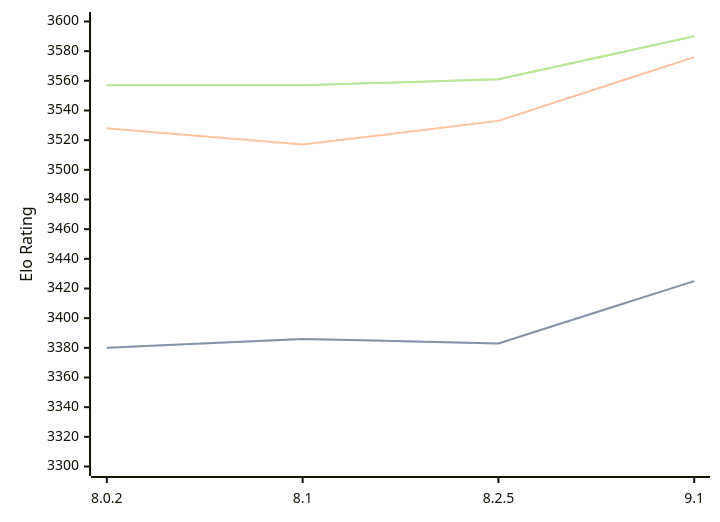
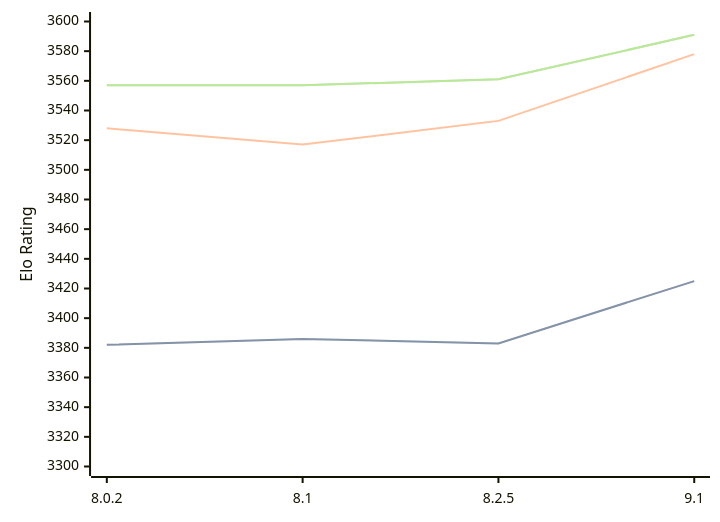
One commit to computer-chess-index/cci changed the diagram in engines/Clover.md. Above: the diagram before and after it, drawn with Mermaid. The commit also changed other lines of this file, not shown here.

Commit message:
Update CCI Ratings (ELO VLTC) - 2026-05-03

````diff
--- a/engines/Clover.md
+++ b/engines/Clover.md
@@ -64,11 +64,11 @@
 ```mermaid
 %%{init: {"theme":"base","themeVariables":{"seriesColors:['#a3a3a3','#222221','#faa371']}}}%%
 xychart-beta
   x-axis ["8.0.2", "8.1", "8.2.5", "9.1"]
   y-axis "Elo Rating" 3300 --> 3600
-  line "STC (8.0+0.08s)" [3380, 3386, 3383, 3425]
-  line "STC (8.0+0.08s)" [3380, 3386, 3383, 3425]
-  line "LTC (60.0+0.60s)" [3528, 3517, 3533, 3576]
-  line "VLTC (2m24s+1.12s)" [3557, 3557, 3561, 3590]
-  line "VLTC (2m24s+1.12s)" [3557, 3557, 3561, 3590]
+  line "STC (8.0+0.08s)" [3382, 3386, 3383, 3425]
+  line "STC (8.0+0.08s)" [3382, 3386, 3383, 3425]
+  line "LTC (60.0+0.60s)" [3528, 3517, 3533, 3578]
+  line "VLTC (2m24s+1.12s)" [3557, 3557, 3561, 3591]
+  line "VLTC (2m24s+1.12s)" [3557, 3557, 3561, 3591]
 ```
````
